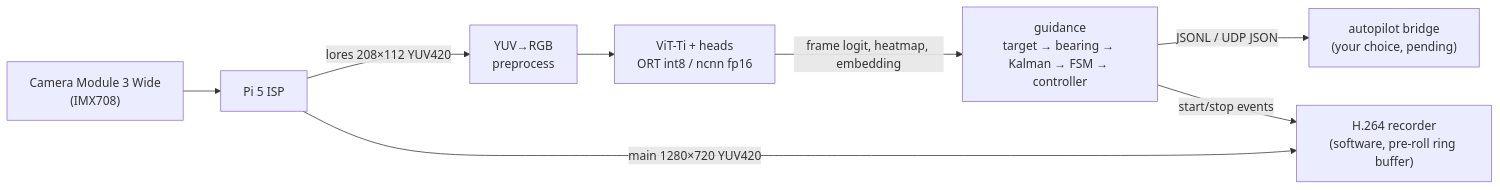
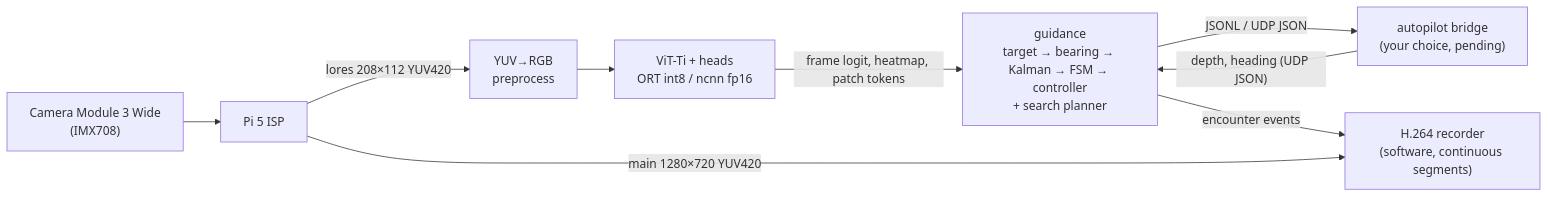
Before and after one commit to txfg/talosaur-JEPA: the diagram in docs/PI5.md, drawn with Mermaid. The commit also changed other lines of this file and 27 other files, not shown here.

````diff
--- a/docs/PI5.md
+++ b/docs/PI5.md
@@ -11,10 +11,11 @@
 ```mermaid
 flowchart LR
   cam["Camera Module 3 Wide<br/>(IMX708)"] --> isp["Pi 5 ISP"]
   isp -- "lores 208×112 YUV420" --> rgb["YUV→RGB<br/>preprocess"]
   rgb --> model["ViT-Ti + heads<br/>ORT int8 / ncnn fp16"]
-  model -- "frame logit, heatmap, embedding" --> guid["guidance<br/>target → bearing → Kalman → FSM → controller"]
+  model -- "frame logit, heatmap, patch tokens" --> guid["guidance<br/>target → bearing → Kalman → FSM → controller<br/>+ search planner"]
   guid -- "JSONL / UDP JSON" --> ap["autopilot bridge<br/>(your choice, pending)"]
-  guid -- "start/stop events" --> rec["H.264 recorder<br/>(software, pre-roll ring buffer)"]
+  ap -- "depth, heading (UDP JSON)" --> guid
+  guid -- "encounter events" --> rec["H.264 recorder<br/>(software, continuous segments)"]
   isp -- "main 1280×720 YUV420" --> rec
 ```
````
